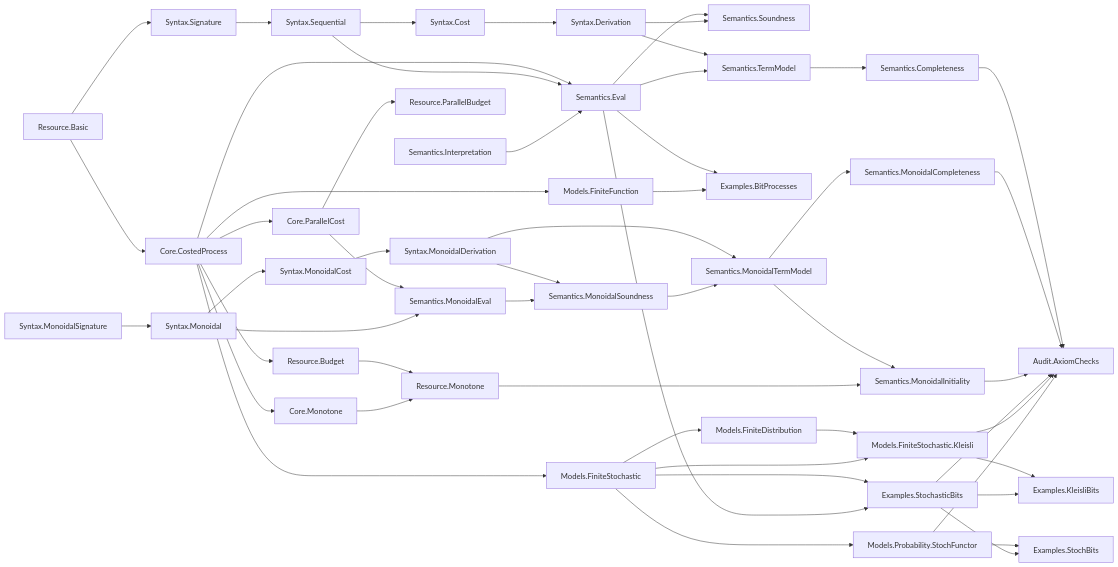
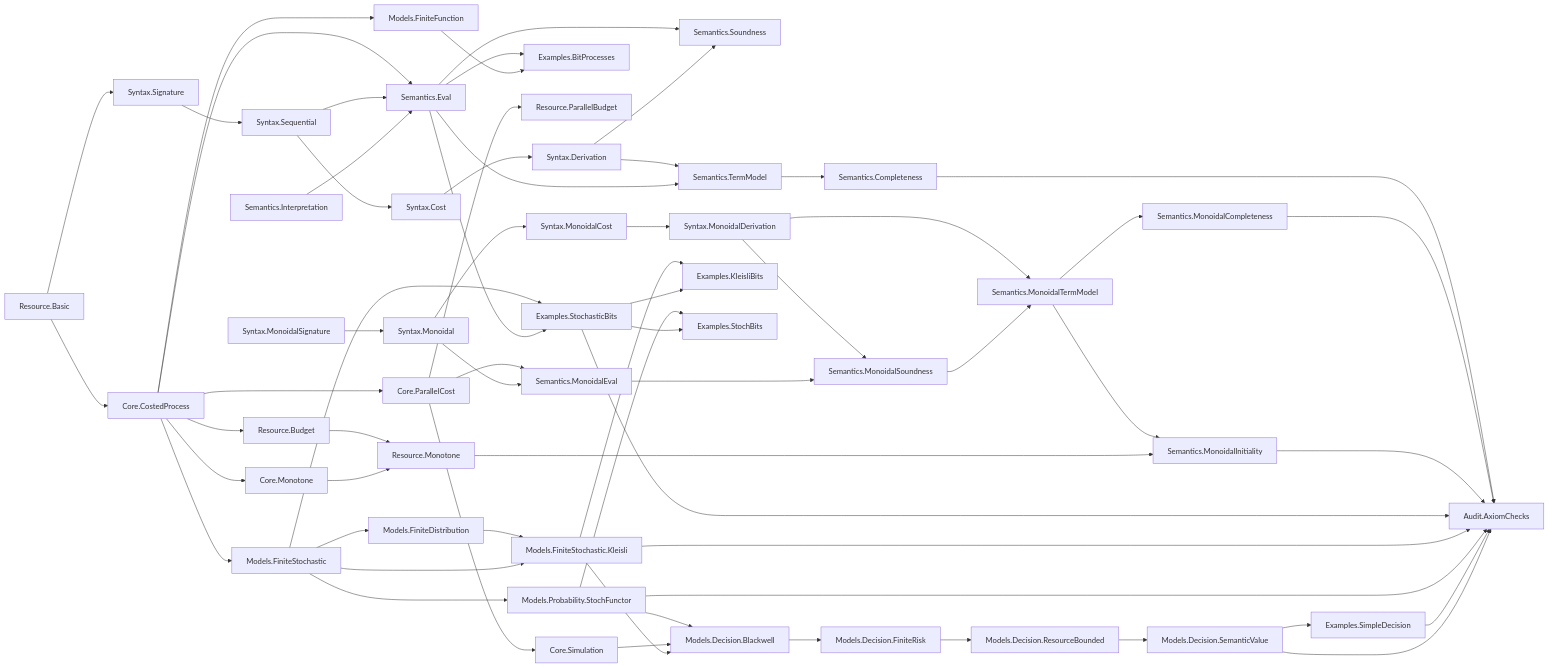
Before and after one commit to miuchan/ript: the diagram in BLUEPRINT.md, drawn with Mermaid. The commit also changed other lines of this file and 15 other files, not shown here.

Commit message:
Formalize finite decision information

````diff
--- a/BLUEPRINT.md
+++ b/BLUEPRINT.md
@@ -9,54 +9,64 @@
 ```mermaid
 flowchart LR
   Resource["Resource.Basic"] --> Costed["Core.CostedProcess"]
   Costed --> Budget["Resource.Budget"]
   Resource --> Signature["Syntax.Signature"]
   Signature --> Sequential["Syntax.Sequential"]
   Sequential --> Cost["Syntax.Cost"]
   Cost --> Derivation["Syntax.Derivation"]
   Costed --> Eval["Semantics.Eval"]
   Sequential --> Eval
   Interpretation["Semantics.Interpretation"] --> Eval
   Eval --> Soundness["Semantics.Soundness"]
   Derivation --> Soundness
   Derivation --> TermModel["Semantics.TermModel"]
   Eval --> TermModel
   TermModel --> Completeness["Semantics.Completeness"]
   Costed --> FiniteFunction["Models.FiniteFunction"]
   Eval --> BitProcesses["Examples.BitProcesses"]
   FiniteFunction --> BitProcesses["Examples.BitProcesses"]
   Completeness --> Audit["Audit.AxiomChecks"]
   Costed --> ParallelCost["Core.ParallelCost"]
   Costed --> Monotone["Core.Monotone"]
   Budget --> ResourceMonotone["Resource.Monotone"]
   Monotone --> ResourceMonotone
   ParallelCost --> ParallelBudget["Resource.ParallelBudget"]
   MonoidalSignature["Syntax.MonoidalSignature"] --> MonoidalExpr["Syntax.Monoidal"]
   MonoidalExpr --> MonoidalCost["Syntax.MonoidalCost"]
   MonoidalCost --> MonoidalDerivation["Syntax.MonoidalDerivation"]
   ParallelCost --> MonoidalEval["Semantics.MonoidalEval"]
   MonoidalExpr --> MonoidalEval
   MonoidalDerivation --> MonoidalSoundness["Semantics.MonoidalSoundness"]
   MonoidalEval --> MonoidalSoundness
   MonoidalDerivation --> MonoidalTermModel["Semantics.MonoidalTermModel"]
   MonoidalSoundness --> MonoidalTermModel
   MonoidalTermModel --> MonoidalCompleteness["Semantics.MonoidalCompleteness"]
   MonoidalTermModel --> MonoidalInitiality["Semantics.MonoidalInitiality"]
   ResourceMonotone --> MonoidalInitiality
   MonoidalCompleteness --> Audit
   MonoidalInitiality --> Audit
   Costed --> FiniteStochastic["Models.FiniteStochastic"]
   FiniteStochastic --> StochasticBits["Examples.StochasticBits"]
   Eval --> StochasticBits
   StochasticBits --> Audit
   FiniteStochastic --> FiniteDistribution["Models.FiniteDistribution"]
   FiniteDistribution --> FiniteKleisli["Models.FiniteStochastic.Kleisli"]
   FiniteStochastic --> FiniteKleisli
   FiniteKleisli --> KleisliBits["Examples.KleisliBits"]
   StochasticBits --> KleisliBits
   FiniteKleisli --> Audit
   FiniteStochastic --> StochFunctor["Models.Probability.StochFunctor"]
   StochFunctor --> StochBits["Examples.StochBits"]
   StochasticBits --> StochBits
   StochFunctor --> Audit
+  ParallelCost --> Simulation["Core.Simulation"]
+  StochFunctor --> Blackwell["Models.Decision.Blackwell"]
+  Simulation --> Blackwell
+  FiniteKleisli --> Blackwell
+  Blackwell --> FiniteRisk["Models.Decision.FiniteRisk"]
+  FiniteRisk --> ResourceDecision["Models.Decision.ResourceBounded"]
+  ResourceDecision --> SemanticValue["Models.Decision.SemanticValue"]
+  SemanticValue --> SimpleDecision["Examples.SimpleDecision"]
+  SimpleDecision --> Audit
+  SemanticValue --> Audit
 ```
````
